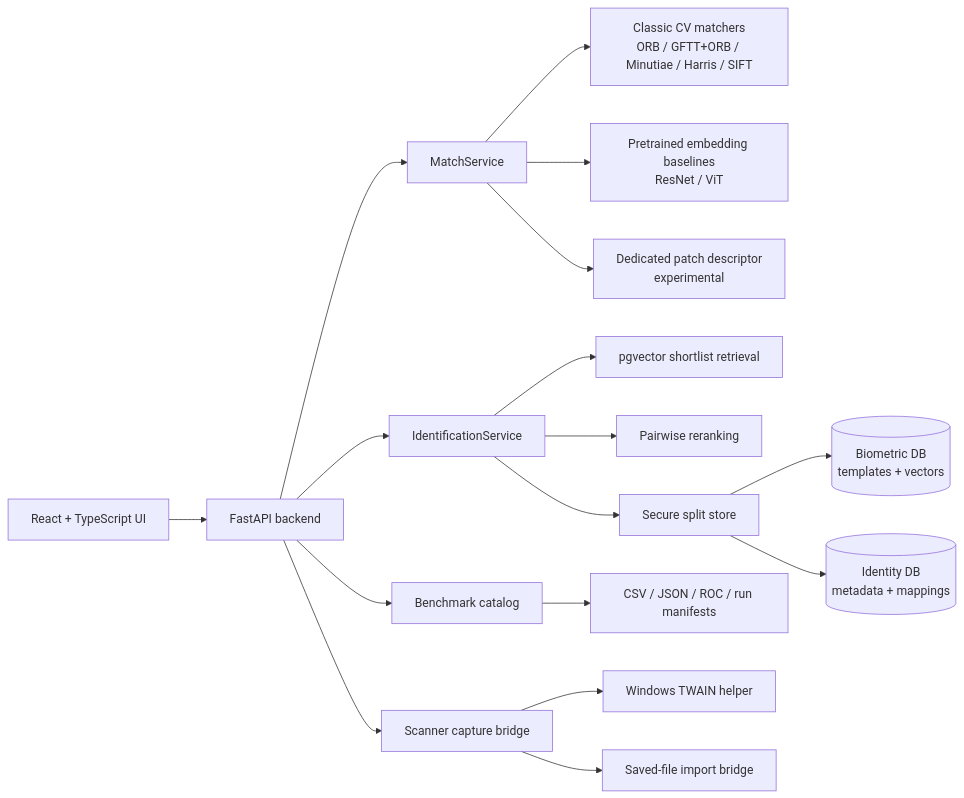
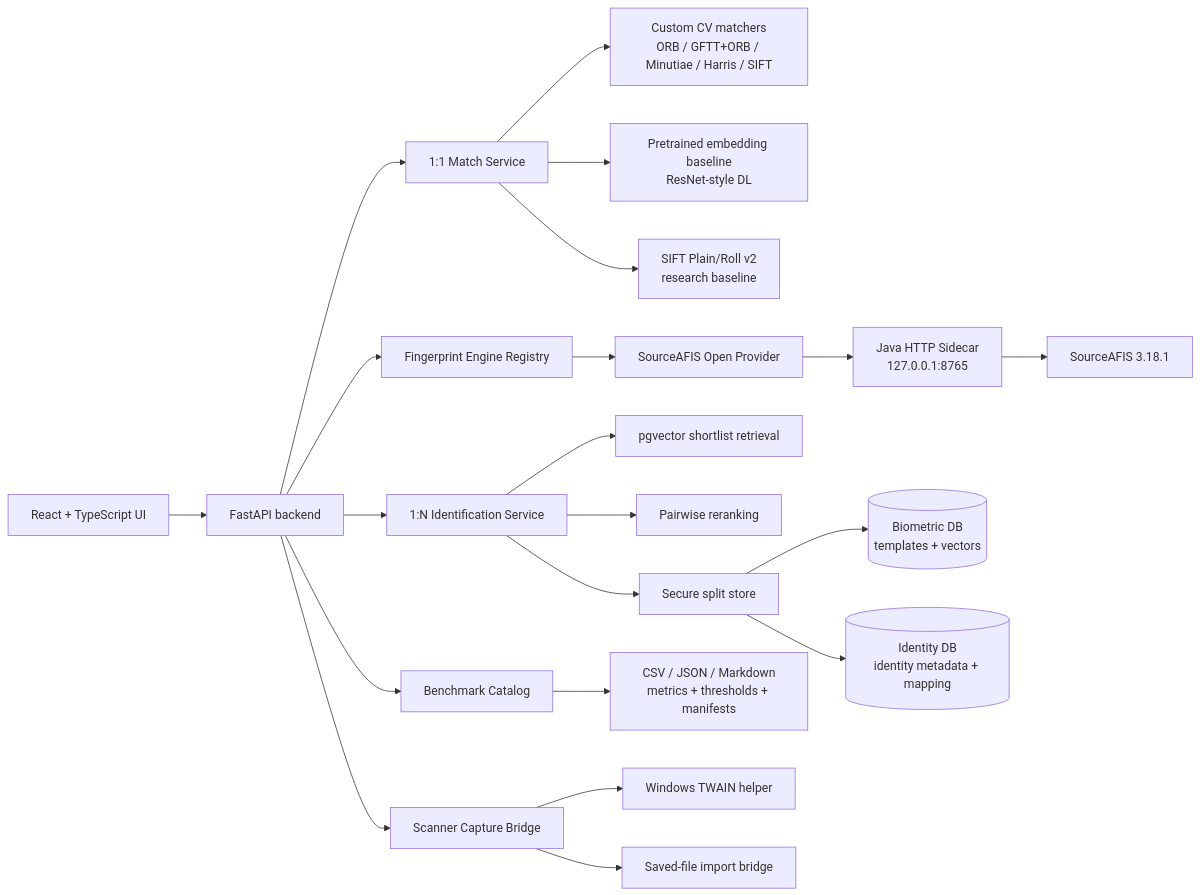
Before and after one commit to Mish2000/fingerprint-research: the diagram in README.md, drawn with Mermaid. The commit also changed other lines of this file and 100 other files, not shown here.

Commit message:
Update README with final SourceAFIS benchmark evidence

````diff
--- a/README.md
+++ b/README.md
@@ -38,24 +97,29 @@
 ```mermaid
 flowchart LR
     UI[React + TypeScript UI] --> API[FastAPI backend]
 
-    API --> Match[MatchService]
-    API --> Identify[IdentificationService]
-    API --> Bench[Benchmark catalog]
-    API --> Scanner[Scanner capture bridge]
+    API --> Match[1:1 Match Service]
+    API --> Identify[1:N Identification Service]
+    API --> Bench[Benchmark Catalog]
+    API --> Scanner[Scanner Capture Bridge]
+    API --> Engine[Fingerprint Engine Registry]
 
-    Match --> Classic[Classic CV matchers\nORB / GFTT+ORB / Minutiae / Harris / SIFT]
-    Match --> Deep[Pretrained embedding baselines\nResNet / ViT]
-    Match --> Dedicated[Dedicated patch descriptor\nexperimental]
+    Match --> Classic[Custom CV matchers\nORB / GFTT+ORB / Minutiae / Harris / SIFT]
+    Match --> Deep[Pretrained embedding baseline\nResNet-style DL]
+    Match --> SiftV2[SIFT Plain/Roll v2\nresearch baseline]
+
+    Engine --> SourceAFIS[SourceAFIS Open Provider]
+    SourceAFIS --> Sidecar[Java HTTP Sidecar\n127.0.0.1:8765]
+    Sidecar --> SourceAFISLib[SourceAFIS 3.18.1]
 
     Identify --> Retrieval[pgvector shortlist retrieval]
     Identify --> Rerank[Pairwise reranking]
     Identify --> Store[Secure split store]
 
     Store --> BioDB[(Biometric DB\ntemplates + vectors)]
-    Store --> IdentityDB[(Identity DB\nmetadata + mappings)]
+    Store --> IdentityDB[(Identity DB\nidentity metadata + mapping)]
 
-    Bench --> Artifacts[CSV / JSON / ROC / run manifests]
+    Bench --> Artifacts[CSV / JSON / Markdown\nmetrics + thresholds + manifests]
     Scanner --> TWAIN[Windows TWAIN helper]
     Scanner --> Bridge[Saved-file import bridge]
 ```
````
